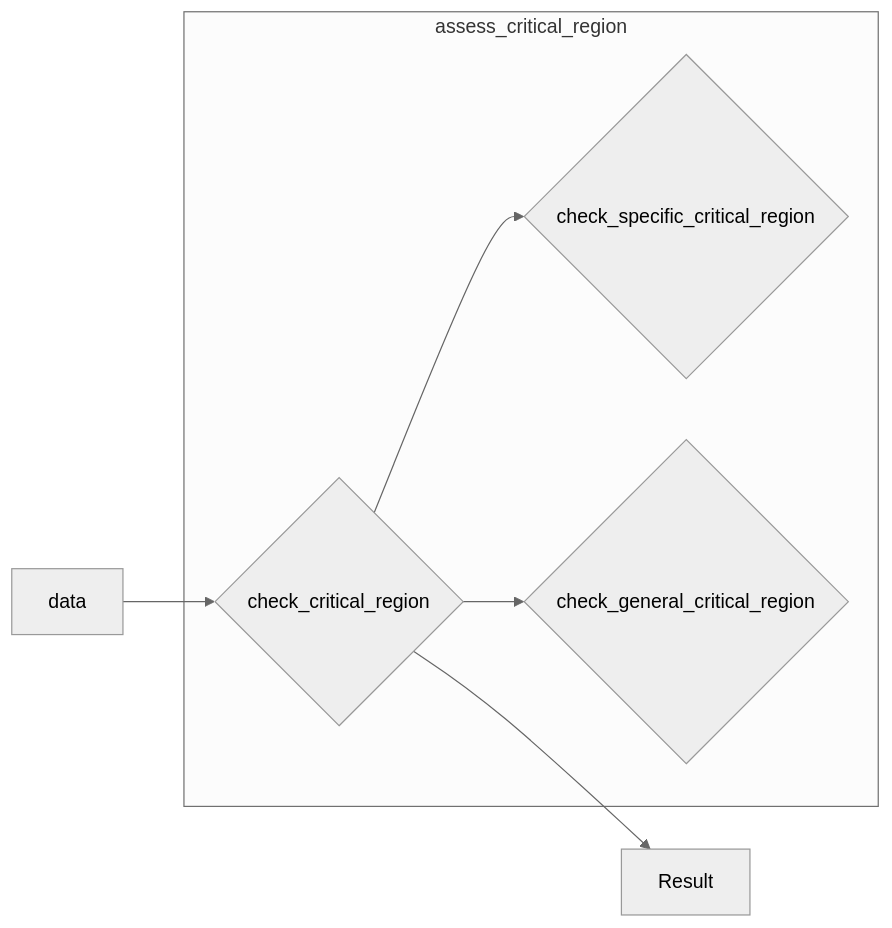
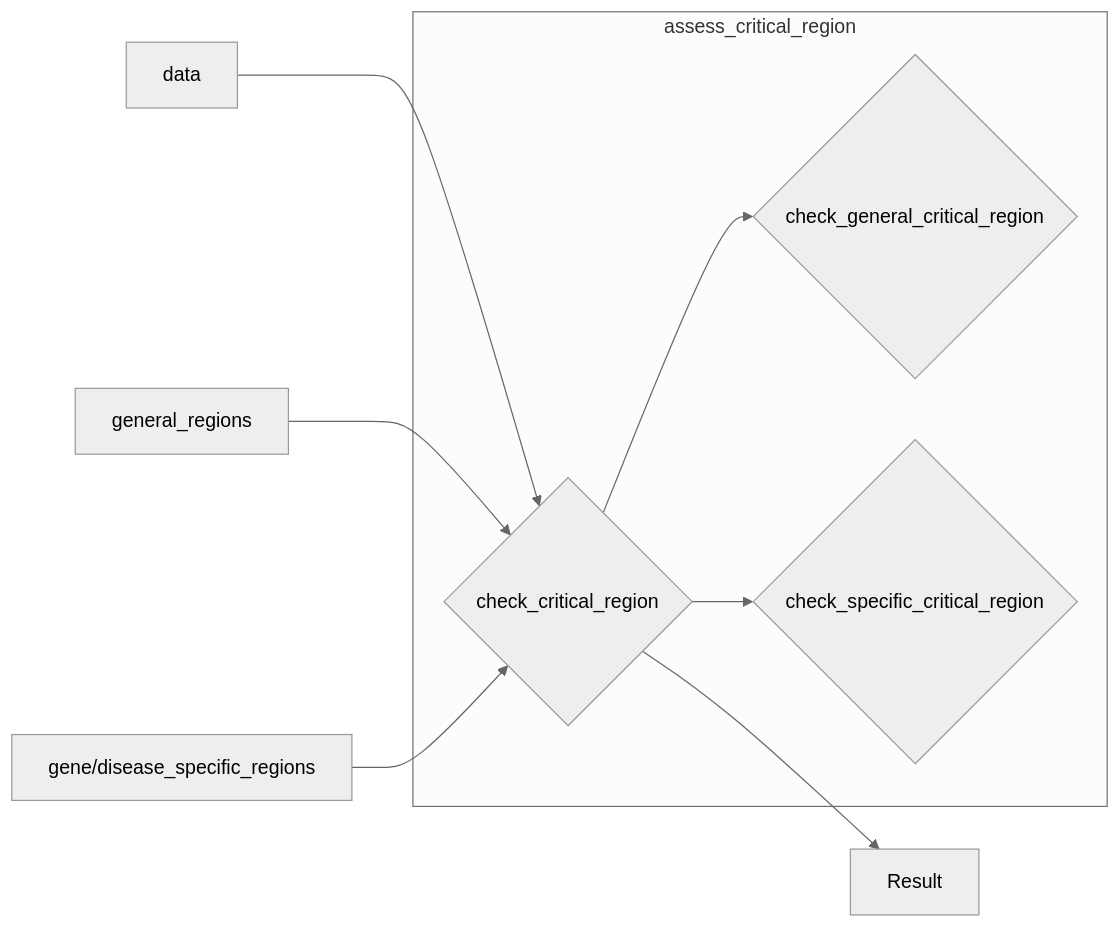
One commit to akatzke/HerediClassify changed the fifth of 9 diagrams in Software_design/Mermaid.org. Above: the diagram before and after it, drawn with Mermaid (neutral theme). The commit also changed other lines of this file and 4 other files, not shown here.

Commit message:
Software design assess nmd, and rework reconstruct coding sequence

```diff
--- a/Software_design/Mermaid.org
+++ b/Software_design/Mermaid.org
@@ -94,9 +94,11 @@
 #+begin_src mermaid :file critical_region_refactored.png
 flowchart LR
    D[data] --> CR{check_critical_region}
+   GR[general_regions] --> CR
+   SR[gene/disease_specific_regions] --> CR
    CR --> R[Result]
   subgraph assess_critical_region
+      CR --> GCR{check_general_critical_region}
       CR --> SCR{check_specific_critical_region}
-      CR --> GCR{check_general_critical_region}
       end
 #+end_src
```
